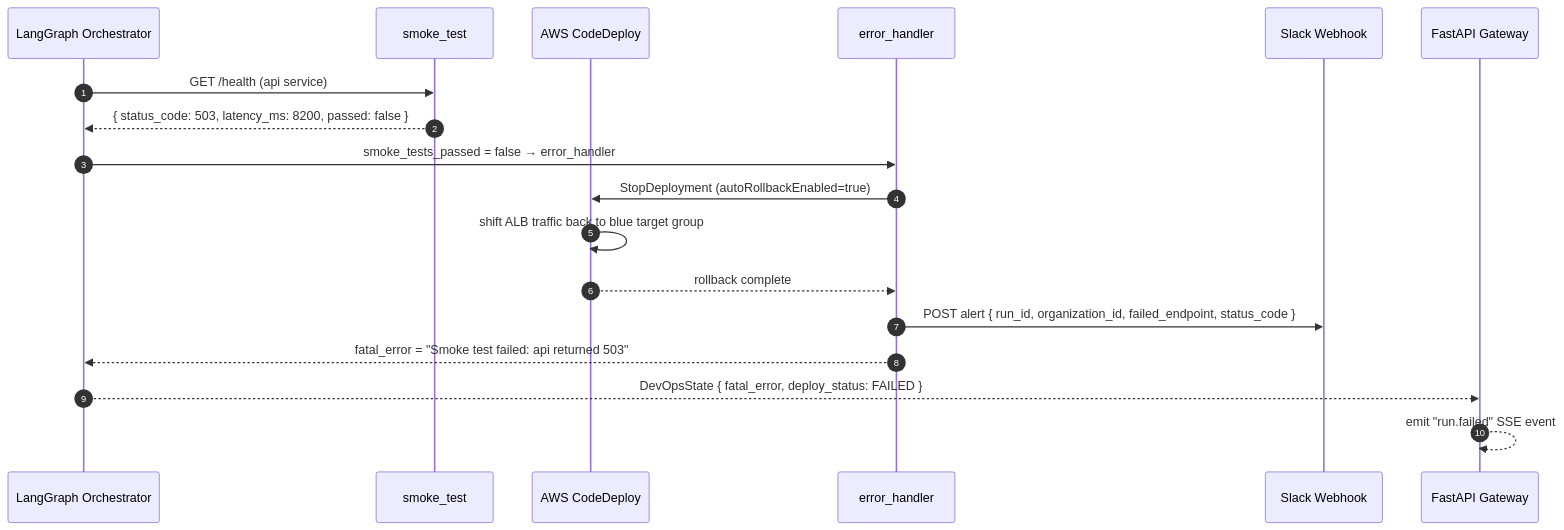
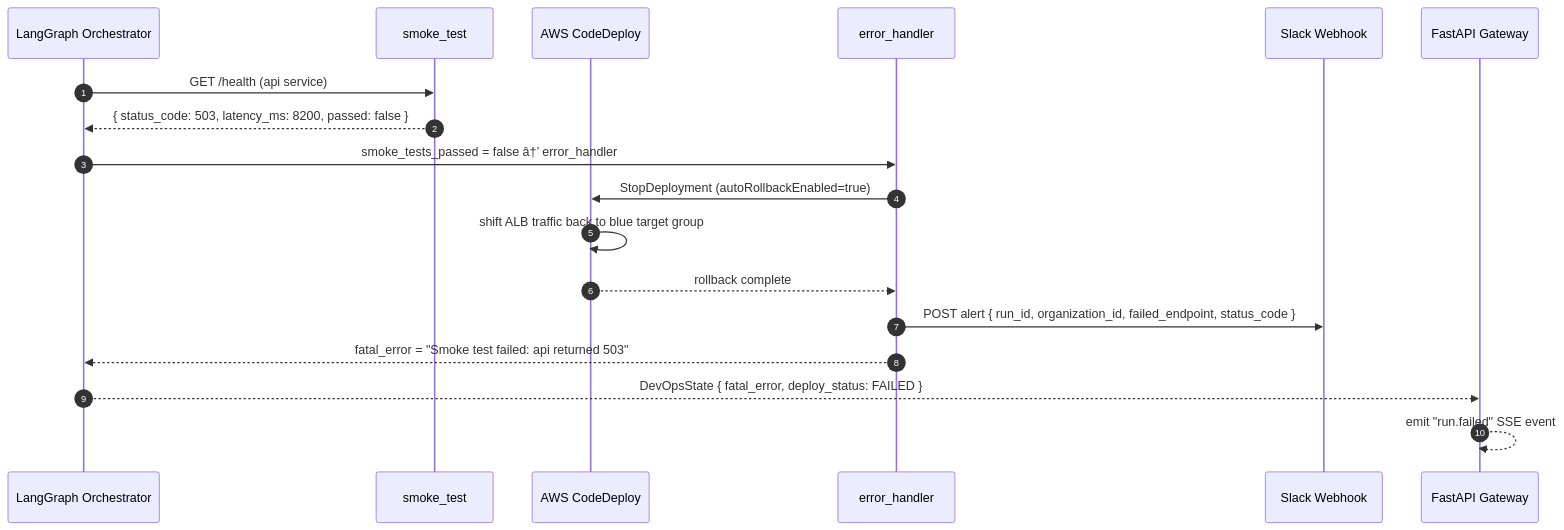
One commit to kaushraj1/AutoFounder changed the third of 5 diagrams in docs/architecture/Agents-Architecture/devops-agent.md. Above: the diagram before and after it, drawn with Mermaid. The commit also changed other lines of this file and 68 other files, not shown here.

````diff
--- a/docs/architecture/Agents-Architecture/devops-agent.md
+++ b/docs/architecture/Agents-Architecture/devops-agent.md
@@ -1797,24 +1797,24 @@
 ```mermaid
 sequenceDiagram
     autonumber
     participant Graph as LangGraph Orchestrator
     participant Smoke as smoke_test
     participant CD    as AWS CodeDeploy
     participant EH    as error_handler
     participant Slack as Slack Webhook
     participant API   as FastAPI Gateway
 
     Graph ->> Smoke: GET /health (api service)
     Smoke -->> Graph: { status_code: 503, latency_ms: 8200, passed: false }
 
-    Graph ->> EH: smoke_tests_passed = false → error_handler
+    Graph ->> EH: smoke_tests_passed = false â†’ error_handler
     EH ->> CD: StopDeployment (autoRollbackEnabled=true)
     CD ->> CD: shift ALB traffic back to blue target group
     CD -->> EH: rollback complete
 
     EH ->> Slack: POST alert { run_id, organization_id, failed_endpoint, status_code }
     EH -->> Graph: fatal_error = "Smoke test failed: api returned 503"
 
     Graph -->> API: DevOpsState { fatal_error, deploy_status: FAILED }
     API -->> API: emit "run.failed" SSE event
 ```
````
